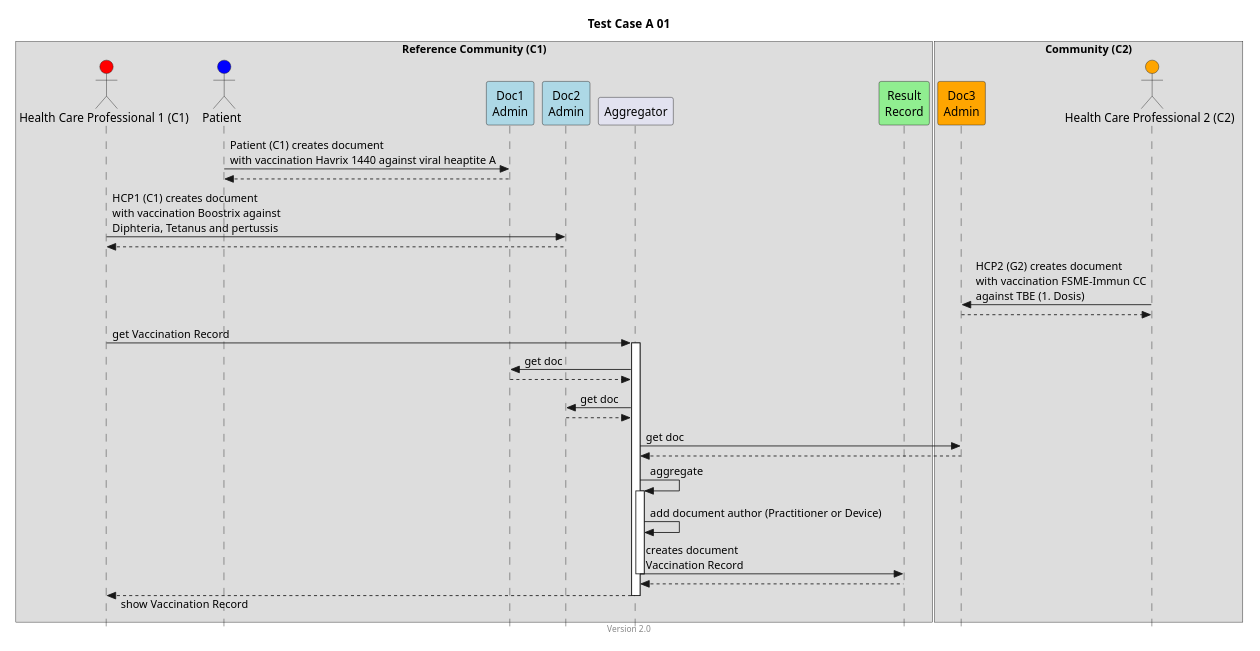
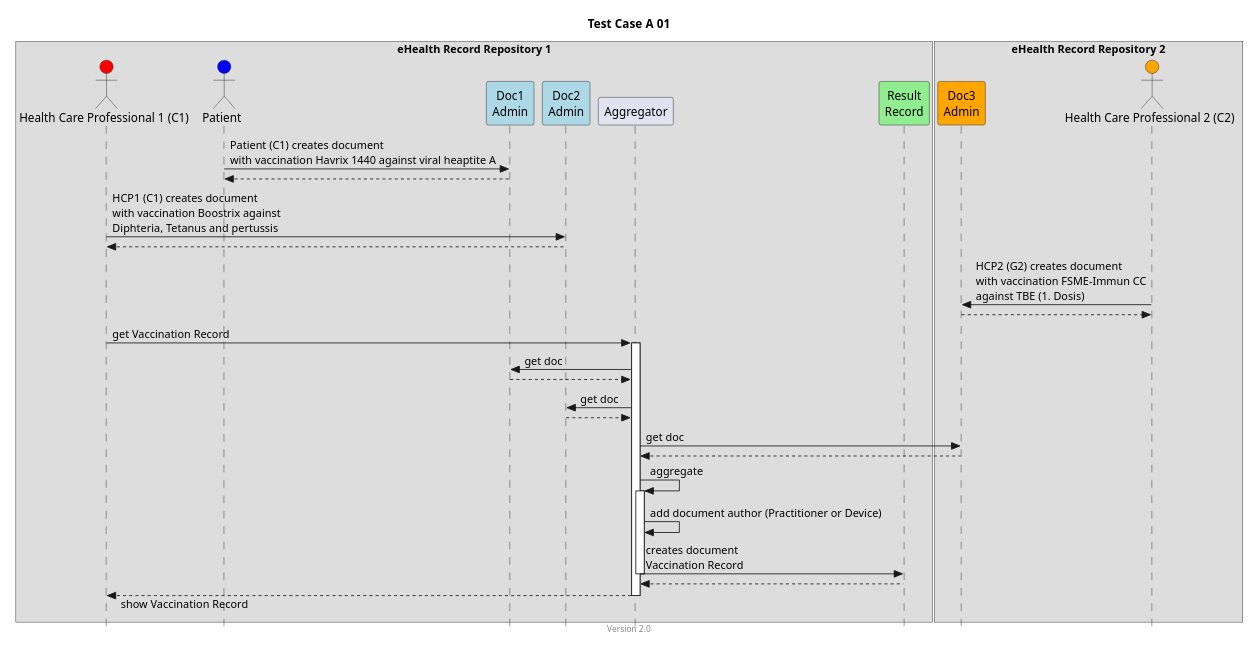
The diagram in input/images-source/TCA01_GP.plantuml (hl7ch/ch-vacd), drawn with PlantUML before and after one commit. The commit also changed 2 other files, not shown here.

```diff
--- a/input/images-source/TCA01_GP.plantuml
+++ b/input/images-source/TCA01_GP.plantuml
@@ -1,51 +1,51 @@
 @startuml
 title Test Case A 01
 footer Version 2.0
 skinparam responseMessageBelowArrow true
 skinparam style strictuml
 scale max 800 width
 
 
-box "Reference Community (C1)"
+box "eHealth Record Repository 1"
 actor "Health Care Professional 1 (C1)" as HCP1_C1 #red
 actor "Patient" as PAT #blue
 participant "Doc1\nAdmin" as Doc1 #lightblue
 participant "Doc2\nAdmin" as Doc2 #lightblue
 participant Aggregator as AGG
 participant "Result\nRecord" as RES #lightgreen
 end box
 
-box "Community (C2)"
+box "eHealth Record Repository 2"
 participant "Doc3\nAdmin" as Doc3 #orange
 actor "Health Care Professional 2 (C2)" as HCP2_C2 #orange
 end box
 
 PAT -> Doc1: Patient (C1) creates document\nwith vaccination Havrix 1440 against viral heaptite A
 PAT <-- Doc1
 
 HCP1_C1 -> Doc2: HCP1 (C1) creates document\nwith vaccination Boostrix against\nDiphteria, Tetanus and pertussis
 HCP1_C1 <-- Doc2
 
 HCP2_C2 -> Doc3: HCP2 (G2) creates document\nwith vaccination FSME-Immun CC\nagainst TBE (1. Dosis)
 HCP2_C2 <-- Doc3:
 
 HCP1_C1 -> AGG: get Vaccination Record
 activate AGG
 AGG -> Doc1: get doc
 AGG <-- Doc1
 AGG -> Doc2: get doc
 AGG <-- Doc2
 AGG -> Doc3: get doc
 AGG <-- Doc3
 
 AGG -> AGG: aggregate
 activate AGG
 AGG -> AGG: add document author (Practitioner or Device)
 AGG -> RES: creates document\nVaccination Record 
 deactivate AGG
 AGG <-- RES
 HCP1_C1 <-- AGG: show Vaccination Record
 deactivate AGG
 
 
 @enduml
```
